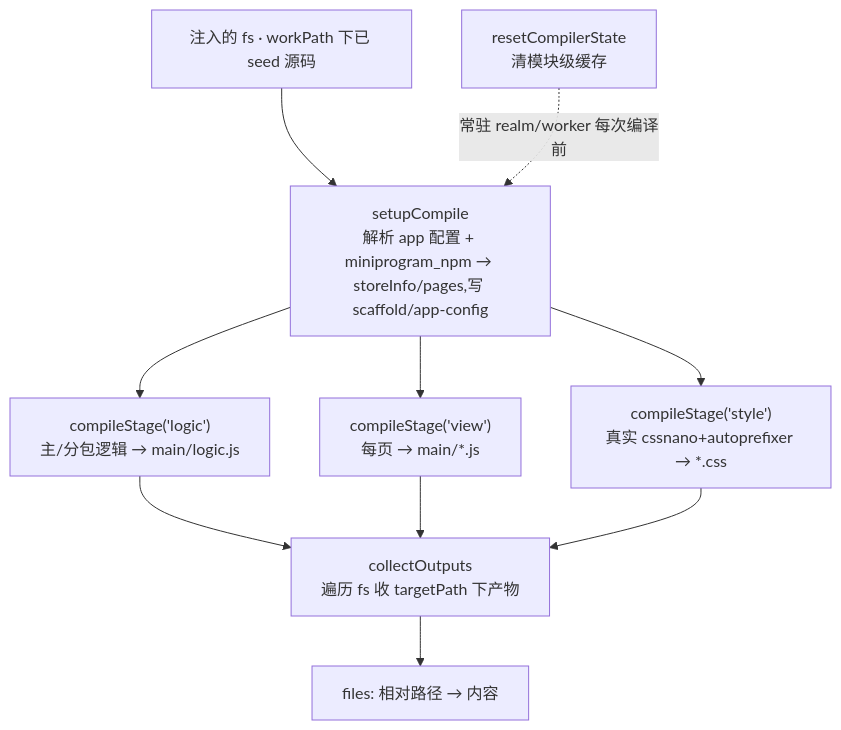
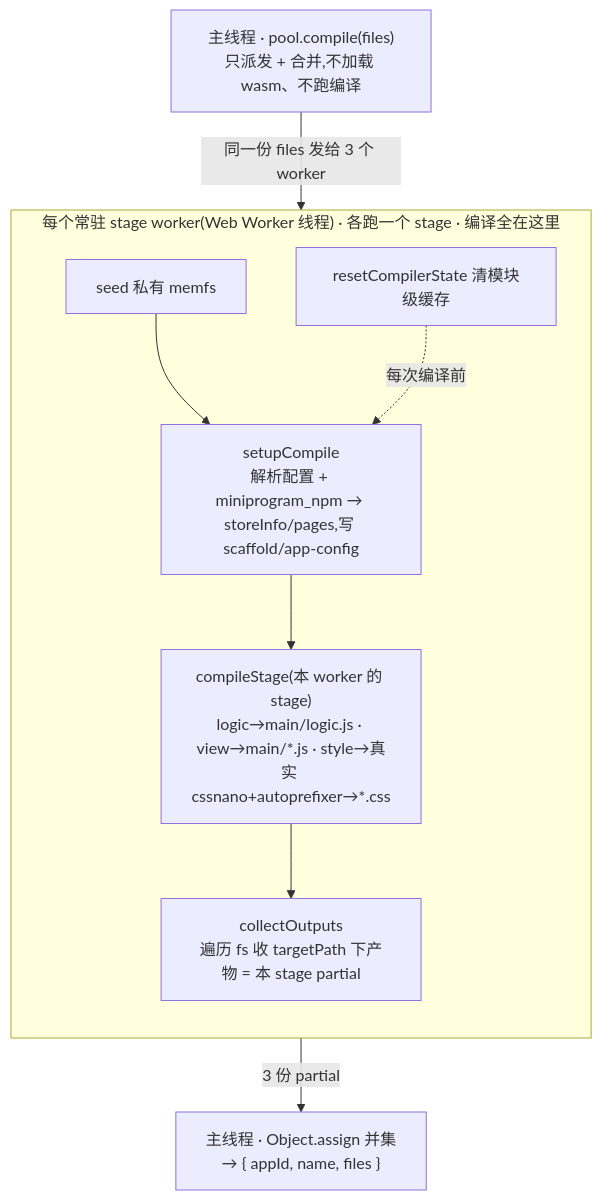
The diagram in packages/compiler/README.md (EchoTechFE/dimina-kit), drawn with Mermaid before and after one commit. The commit also changed other lines of this file and 1 other file, not shown here.

First line of the commit message:
refactor(compiler): wasm 工具链改为 peerDependencies + 文档说明

````diff
--- a/packages/compiler/README.md
+++ b/packages/compiler/README.md
@@ -142,12 +150,13 @@
 ```mermaid
 flowchart TD
-  SRC["注入的 fs · workPath 下已 seed 源码"] --> SU["setupCompile<br/>解析 app 配置 + miniprogram_npm → storeInfo/pages,写 scaffold/app-config"]
-  SU --> L["compileStage('logic')<br/>主/分包逻辑 → main/logic.js"]
-  SU --> V["compileStage('view')<br/>每页 → main/*.js"]
-  SU --> S["compileStage('style')<br/>真实 cssnano+autoprefixer → *.css"]
-  L --> CO["collectOutputs<br/>遍历 fs 收 targetPath 下产物"]
-  V --> CO
-  S --> CO
-  CO --> OUT["files: 相对路径 → 内容"]
-  RS["resetCompilerState<br/>清模块级缓存"] -.->|"常驻 realm/worker 每次编译前"| SU
+  DISP["主线程 · pool.compile(files)<br/>只派发 + 合并,不加载 wasm、不跑编译"]
+  DISP -->|"同一份 files 发给 3 个 worker"| WK
+  subgraph WK["每个常驻 stage worker(Web Worker 线程) · 各跑一个 stage · 编译全在这里"]
+    direction TB
+    SRC["seed 私有 memfs"] --> SU["setupCompile<br/>解析配置 + miniprogram_npm → storeInfo/pages,写 scaffold/app-config"]
+    SU --> ST["compileStage(本 worker 的 stage)<br/>logic→main/logic.js · view→main/*.js · style→真实 cssnano+autoprefixer→*.css"]
+    ST --> CO["collectOutputs<br/>遍历 fs 收 targetPath 下产物 = 本 stage partial"]
+    RS["resetCompilerState 清模块级缓存"] -.->|"每次编译前"| SU
+  end
+  WK -->|"3 份 partial"| MERGE["主线程 · Object.assign 并集<br/>→ { appId, name, files }"]
 ```
````
